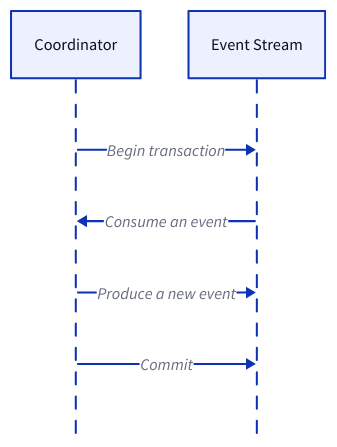
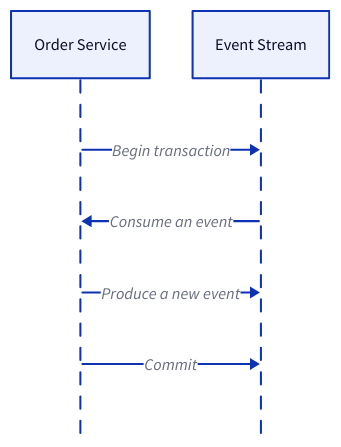
Before and after one commit to link1905/system-design-101: diagram 16 of 19 in content/design-patterns/distributed-transaction/compensation-protocols.md, drawn with D2. The commit also changed other lines of this file and 42 other files, not shown here.

````diff
--- a/content/design-patterns/distributed-transaction/compensation-protocols.md
+++ b/content/design-patterns/distributed-transaction/compensation-protocols.md
@@ -734,15 +733,15 @@
 ```d2
 shape: sequence_diagram
 
-c: Coordinator {
+c: Order Service {
     class: server
 }
 sp: Event Stream {
     class: mq
 }
 
 c -> sp: Begin transaction
 c <- sp: Consume an event
 c -> sp: Produce a new event
 c -> sp: Commit
 ```
````
